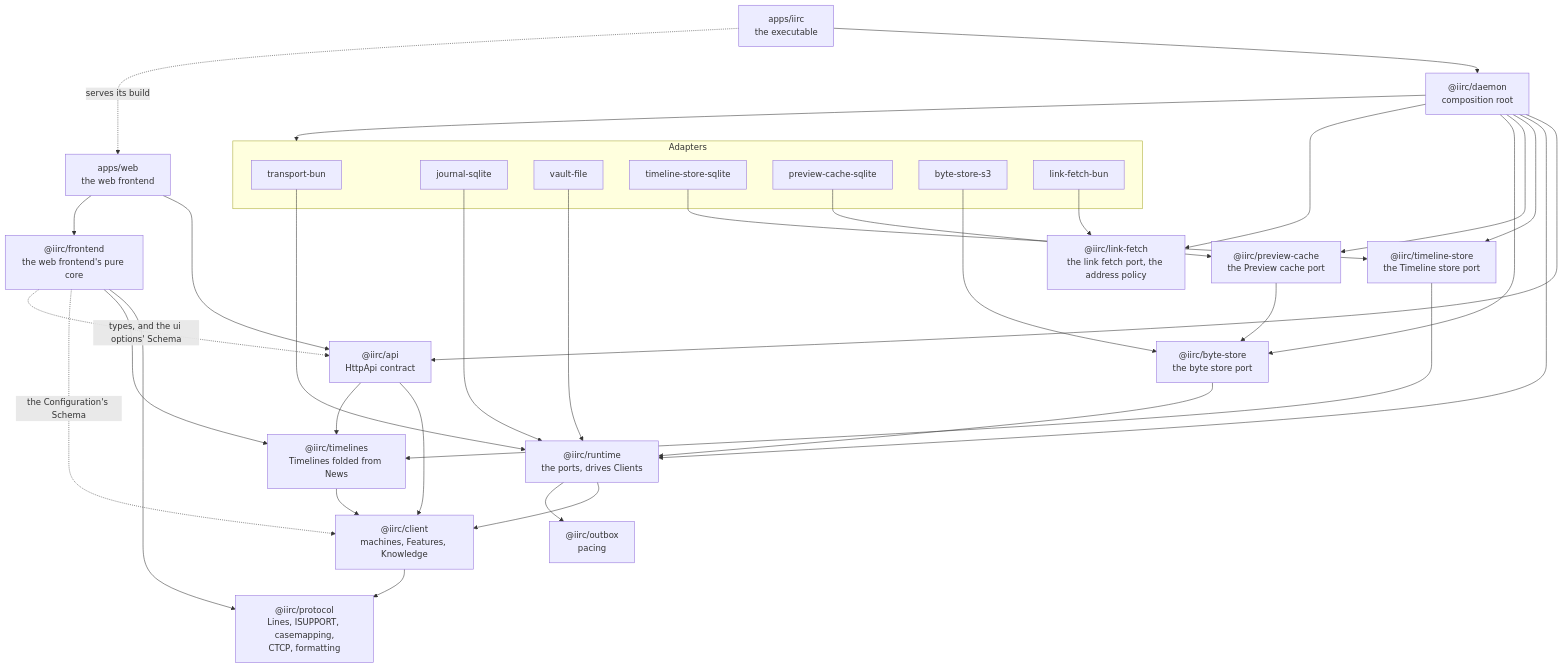
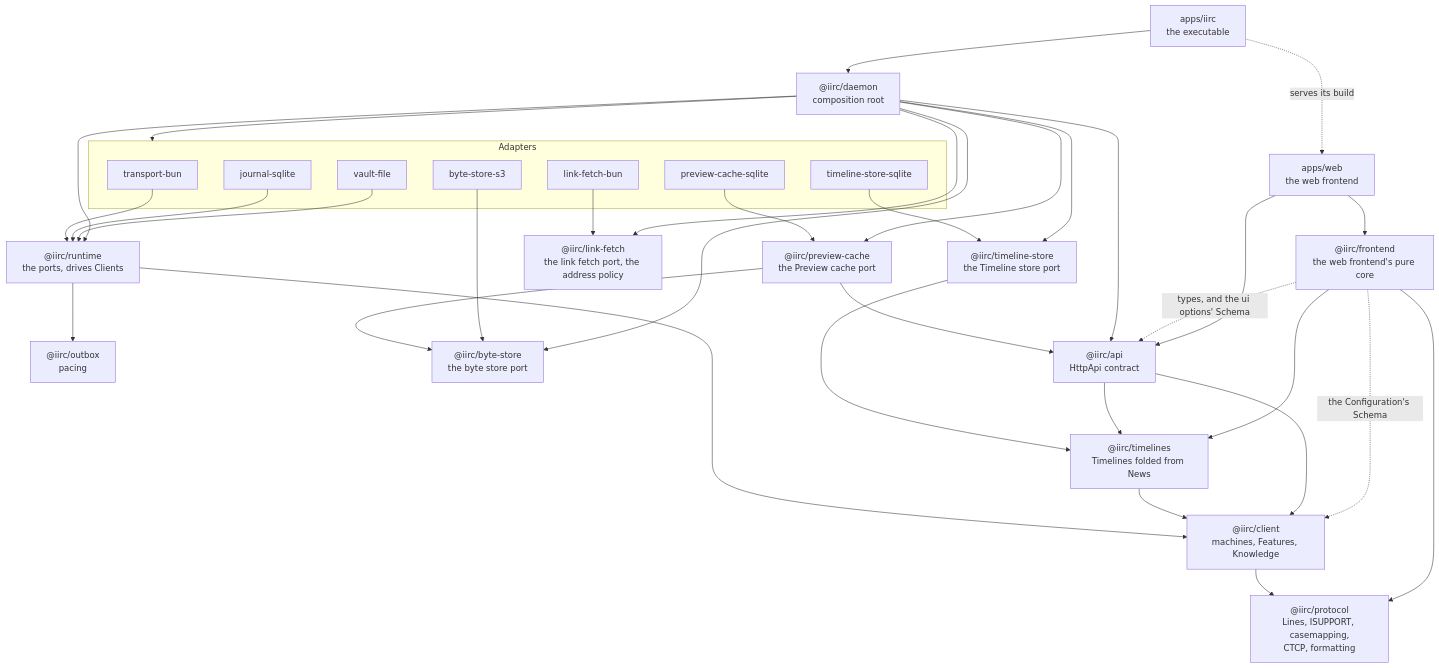
The second of 2 diagrams in ARCHITECTURE.md (deankerr/iirc), drawn with Mermaid before and after one commit. The commit also changed other lines of this file and 16 other files, not shown here.

First line of the commit message:
The ADRs, the root README, and the architecture say what is (#319)

````diff
--- a/ARCHITECTURE.md
+++ b/ARCHITECTURE.md
@@ -83,47 +83,46 @@
 ```mermaid
 flowchart TB
   protocol["@iirc/protocol<br/>Lines, ISUPPORT, casemapping,<br/>CTCP, formatting"]
   client["@iirc/client<br/>machines, Features, Knowledge"]
   outbox["@iirc/outbox<br/>pacing"]
   timelines["@iirc/timelines<br/>Timelines folded from News"]
   store["@iirc/timeline-store<br/>the Timeline store port"]
   previewcache["@iirc/preview-cache<br/>the Preview cache port"]
   bytestore["@iirc/byte-store<br/>the byte store port"]
   linkfetch["@iirc/link-fetch<br/>the link fetch port, the address policy"]
   runtime["@iirc/runtime<br/>the ports, drives Clients"]
   api["@iirc/api<br/>HttpApi contract"]
   daemon["@iirc/daemon<br/>composition root"]
   app["apps/iirc<br/>the executable"]
   frontend["@iirc/frontend<br/>the web frontend's pure core"]
   web["apps/web<br/>the web frontend"]
 
   subgraph adapters["Adapters"]
     tbun["transport-bun"]
     jsql["journal-sqlite"]
     vfile["vault-file"]
     tsql["timeline-store-sqlite"]
     psql["preview-cache-sqlite"]
     bs3["byte-store-s3"]
     lfbun["link-fetch-bun"]
   end
 
   client --> protocol
   runtime --> client & outbox
   timelines --> client
   store --> timelines
   tbun & jsql & vfile --> runtime
   tsql --> store
-  previewcache --> bytestore
+  previewcache --> api & bytestore
   psql --> previewcache
-  bytestore --> runtime
   bs3 --> bytestore
   lfbun --> linkfetch
   api --> client & timelines
   daemon --> api & runtime & store & previewcache & bytestore & linkfetch & adapters
   app --> daemon
   frontend --> protocol & timelines
   frontend -.->|"the Configuration's Schema"| client
   frontend -.->|"types, and the ui options' Schema"| api
   web --> api & frontend
   app -.->|"serves its build"| web
 ```
````
